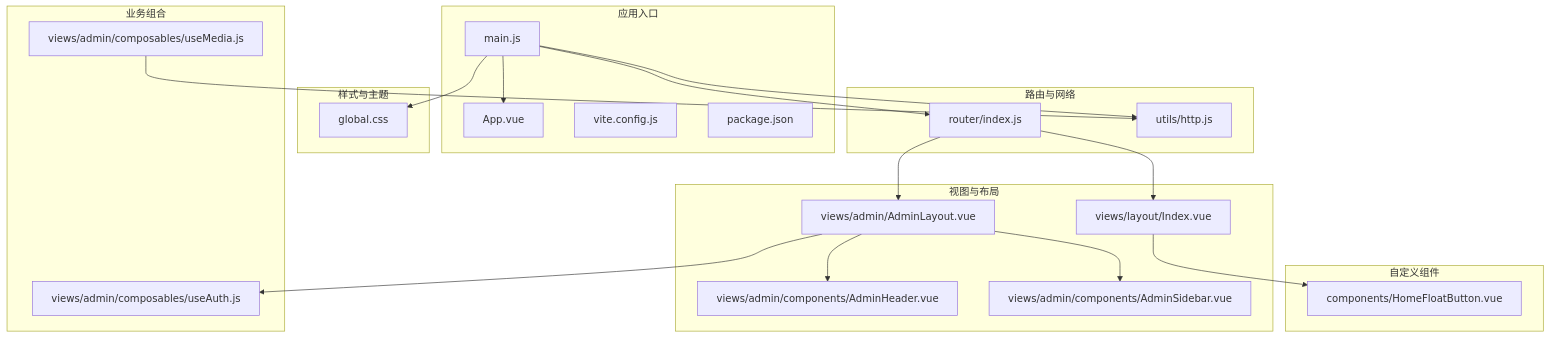
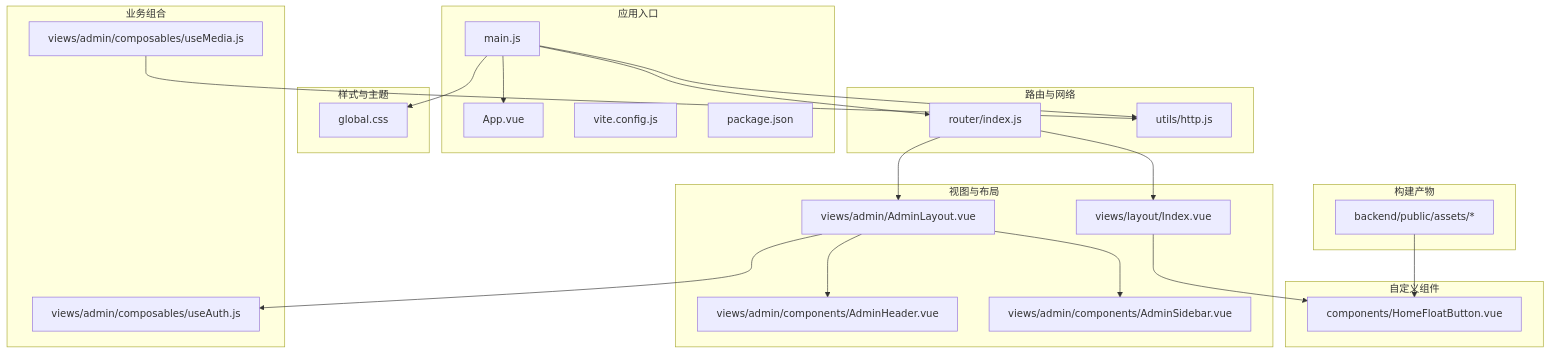
The first of 9 diagrams in .qoder/repowiki/zh/content/前端应用架构/组件架构.md (Giraffe-Han/microAPP), drawn with Mermaid before and after one commit. The commit also changed other lines of this file and 176 other files, not shown here.

````diff
--- a/.qoder/repowiki/zh/content/前端应用架构/组件架构.md
+++ b/.qoder/repowiki/zh/content/前端应用架构/组件架构.md
@@ -51,40 +75,44 @@
 ```mermaid
 graph TB
 subgraph "应用入口"
 A["App.vue"]
 B["main.js"]
 C["vite.config.js"]
 D["package.json"]
 end
 subgraph "样式与主题"
 E["global.css"]
 end
 subgraph "路由与网络"
 F["router/index.js"]
 G["utils/http.js"]
 end
 subgraph "视图与布局"
 H["views/layout/Index.vue"]
 I["views/admin/AdminLayout.vue"]
 J["views/admin/components/AdminHeader.vue"]
 K["views/admin/components/AdminSidebar.vue"]
 end
 subgraph "业务组合"
 L["views/admin/composables/useAuth.js"]
 M["views/admin/composables/useMedia.js"]
 end
 subgraph "自定义组件"
 N["components/HomeFloatButton.vue"]
 end
+subgraph "构建产物"
+O["backend/public/assets/*"]
+end
 B --> A
 B --> F
 B --> E
 B --> G
 F --> H
 F --> I
 I --> J
 I --> K
 I --> L
 H --> N
 M --> G
+O --> N
 ```
````
